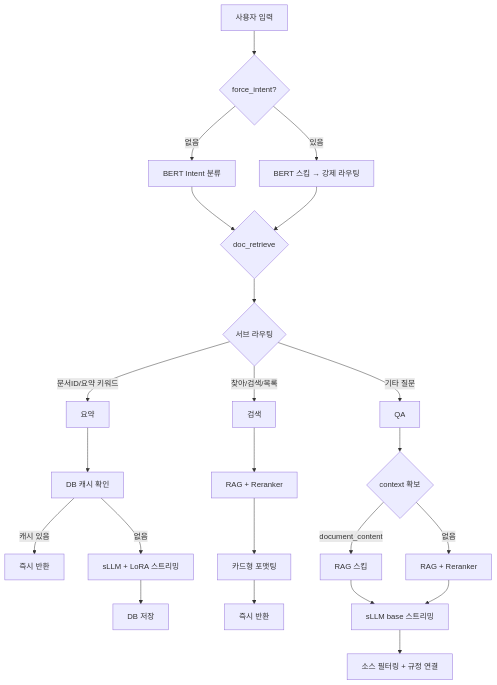
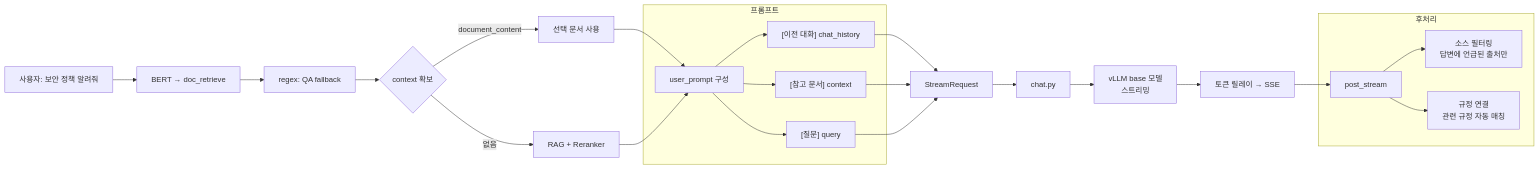
Before and after one commit to SKNETWORKS-FAMILY-AICAMP/SKN21-FINAL-3TEAM: the third of 5 diagrams in docs/3월 22일/검색_qa_요약.md, drawn with Mermaid. The commit also changed other lines of this file, not shown here.

````diff
--- a/docs/3월 22일/검색_qa_요약.md
+++ b/docs/3월 22일/검색_qa_요약.md
@@ -38,29 +115,32 @@
 ```mermaid
-flowchart TD
-    A[사용자 입력] --> B{force_intent?}
-    B -->|있음| D[BERT 스킵 → 강제 라우팅]
-    B -->|없음| C[BERT Intent 분류]
-    C --> E{doc_retrieve}
-    D --> E
+flowchart LR
+    A[사용자: 보안 정책 알려줘] --> B[BERT → doc_retrieve]
+    B --> C[regex: QA fallback]
+    C --> D{context 확보}
 
-    E --> F{서브 라우팅}
-    F -->|문서ID/요약 키워드| G[요약]
-    F -->|찾아/검색/목록| H[검색]
-    F -->|기타 질문| I[QA]
+    D -->|document_content| E1[선택 문서 사용]
+    D -->|없음| E2[RAG + Reranker]
 
-    G --> G1[DB 캐시 확인]
-    G1 -->|캐시 있음| G2[즉시 반환]
-    G1 -->|없음| G3[sLLM + LoRA 스트리밍]
-    G3 --> G4[DB 저장]
+    E1 --> F[user_prompt 구성]
+    E2 --> F
 
-    H --> H1[RAG + Reranker]
-    H1 --> H2[카드형 포맷팅]
-    H2 --> H3[즉시 반환]
+    subgraph 프롬프트
+        F --> F1["[이전 대화] chat_history"]
+        F --> F2["[참고 문서] context"]
+        F --> F3["[질문] query"]
+    end
 
-    I --> I1{context 확보}
-    I1 -->|document_content| I2[RAG 스킵]
-    I1 -->|없음| I3[RAG + Reranker]
-    I2 --> I4[sLLM base 스트리밍]
-    I3 --> I4
-    I4 --> I5[소스 필터링 + 규정 연결]
+    F1 --> G[StreamRequest]
+    F2 --> G
+    F3 --> G
+
+    G --> H[chat.py]
+    H --> I[vLLM base 모델<br/>스트리밍]
+    I --> J[토큰 릴레이 → SSE]
+    J --> K[post_stream]
+
+    subgraph 후처리
+        K --> K1[소스 필터링<br/>답변에 언급된 출처만]
+        K --> K2[규정 연결<br/>관련 규정 자동 매칭]
+    end
 ```
````
